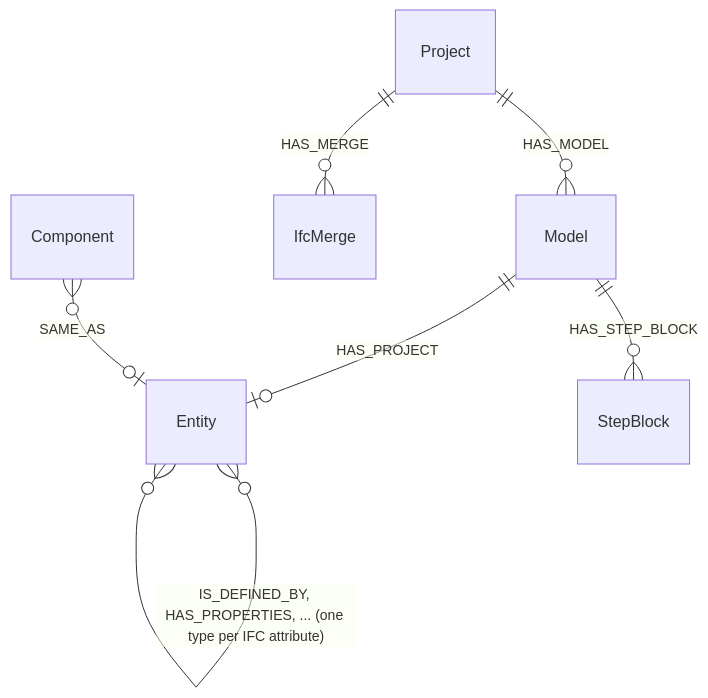
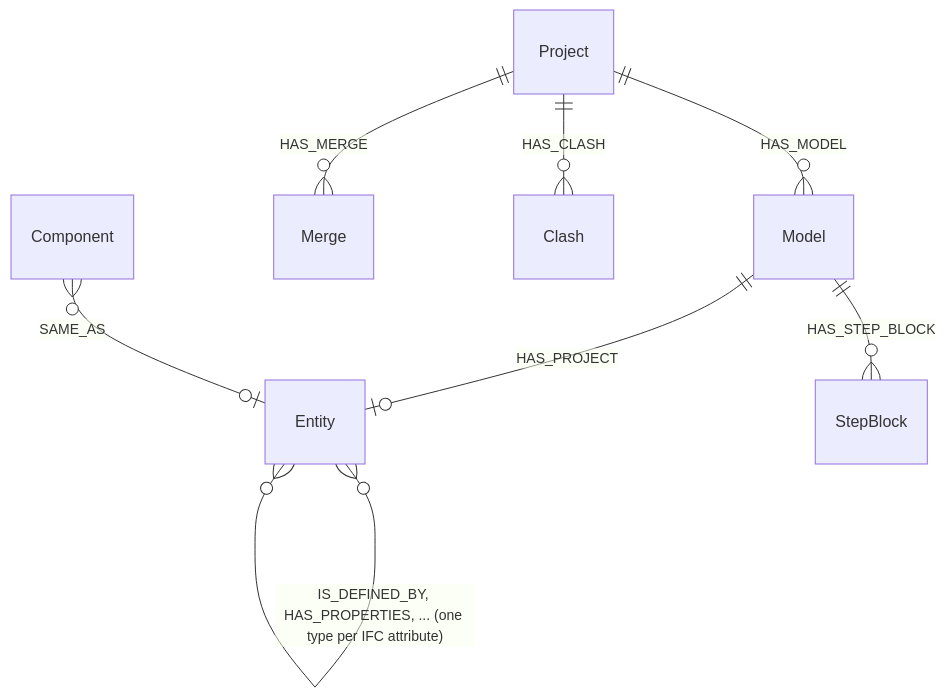
One commit to marwiss/Kontroll changed the sixth of 6 diagrams in docs/da/graph-schema.md. Above: the diagram before and after it, drawn with Mermaid. The commit also changed other lines of this file and 17 other files, not shown here.

````diff
--- a/docs/da/graph-schema.md
+++ b/docs/da/graph-schema.md
@@ -162,9 +166,10 @@
 ```mermaid
 erDiagram
     Project ||--o{ Model : HAS_MODEL
-    Project ||--o{ IfcMerge : HAS_MERGE
+    Project ||--o{ Merge : HAS_MERGE
+    Project ||--o{ Clash : HAS_CLASH
     Model ||--o| Entity : HAS_PROJECT
     Model ||--o{ StepBlock : HAS_STEP_BLOCK
     Entity }o--o{ Entity : "IS_DEFINED_BY, HAS_PROPERTIES, ... (one type per IFC attribute)"
     Component }o--o| Entity : SAME_AS
 ```
````
